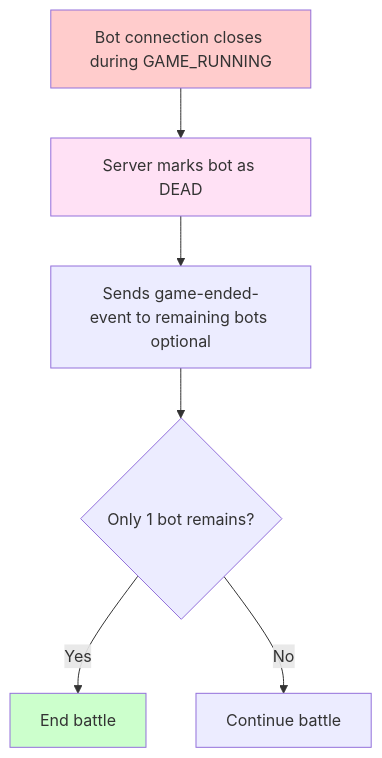
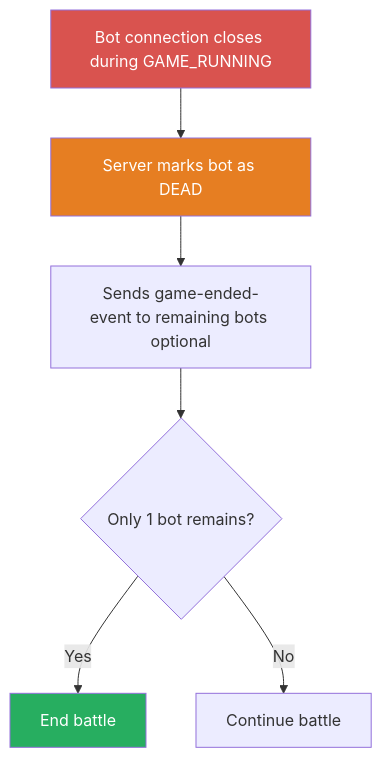
The ninth of 11 diagrams in docs-internal/architecture/models/flows/battle-lifecycle.md (robocode-dev/tank-royale), drawn with Mermaid before and after one commit. The commit also changed other lines of this file and 5 other files, not shown here.

First line of the commit message:
docs(internal): update sequence diagrams for v0.40.x and issue #202 fixes

````diff
--- a/docs-internal/architecture/models/flows/battle-lifecycle.md
+++ b/docs-internal/architecture/models/flows/battle-lifecycle.md
@@ -418,12 +495,12 @@
 ```mermaid
 flowchart TD
     A[Bot connection closes during GAME_RUNNING] --> B[Server marks bot as DEAD]
     B --> C[Sends game-ended-event to remaining bots optional]
     C --> D{Only 1 bot remains?}
     D -->|Yes| E[End battle]
     D -->|No| F[Continue battle]
     
-    style A fill:#FFCCCC
-    style B fill:#FFE1F5
-    style E fill:#CCFFCC
+    style A fill:#D9534F,color:#fff
+    style B fill:#E67E22,color:#fff
+    style E fill:#27AE60,color:#fff
 ```
````
